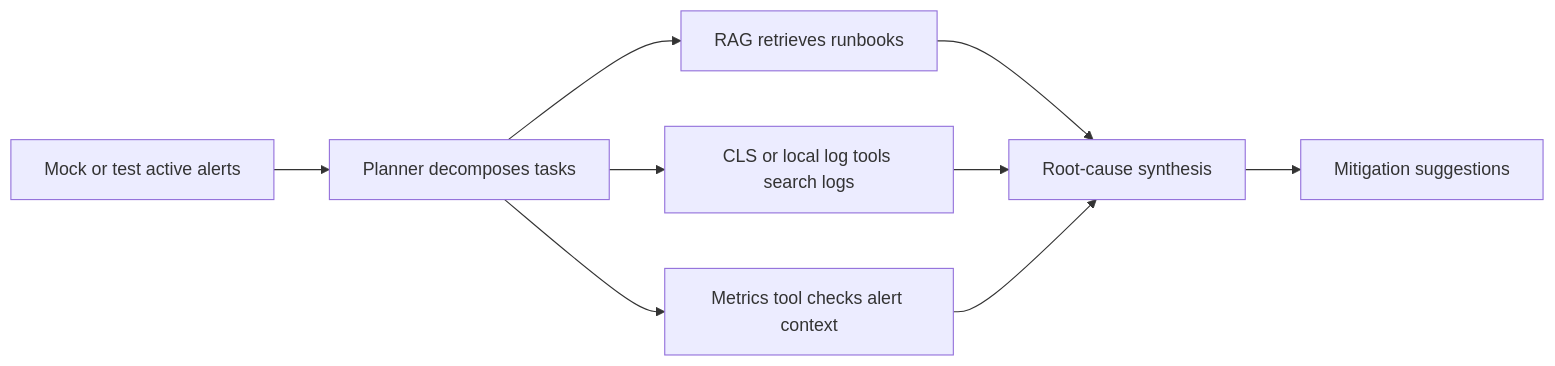
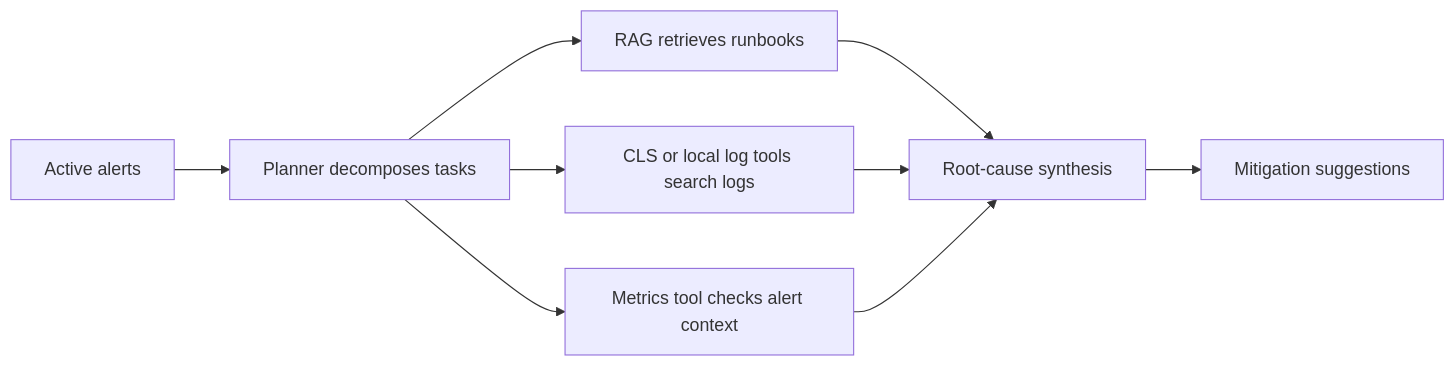
Before and after one commit to yCupid-u/oncall: the diagram in docs/resume-verification-report.md, drawn with Mermaid. The commit also changed other lines of this file and 5 other files, not shown here.

````diff
--- a/docs/resume-verification-report.md
+++ b/docs/resume-verification-report.md
@@ -52,11 +50,11 @@
 ```mermaid
 flowchart LR
-    A["Mock or test active alerts"] --> B["Planner decomposes tasks"]
+    A["Active alerts"] --> B["Planner decomposes tasks"]
     B --> C["RAG retrieves runbooks"]
     B --> D["CLS or local log tools search logs"]
     B --> E["Metrics tool checks alert context"]
     C --> F["Root-cause synthesis"]
     D --> F
     E --> F
     F --> G["Mitigation suggestions"]
 ```
````
